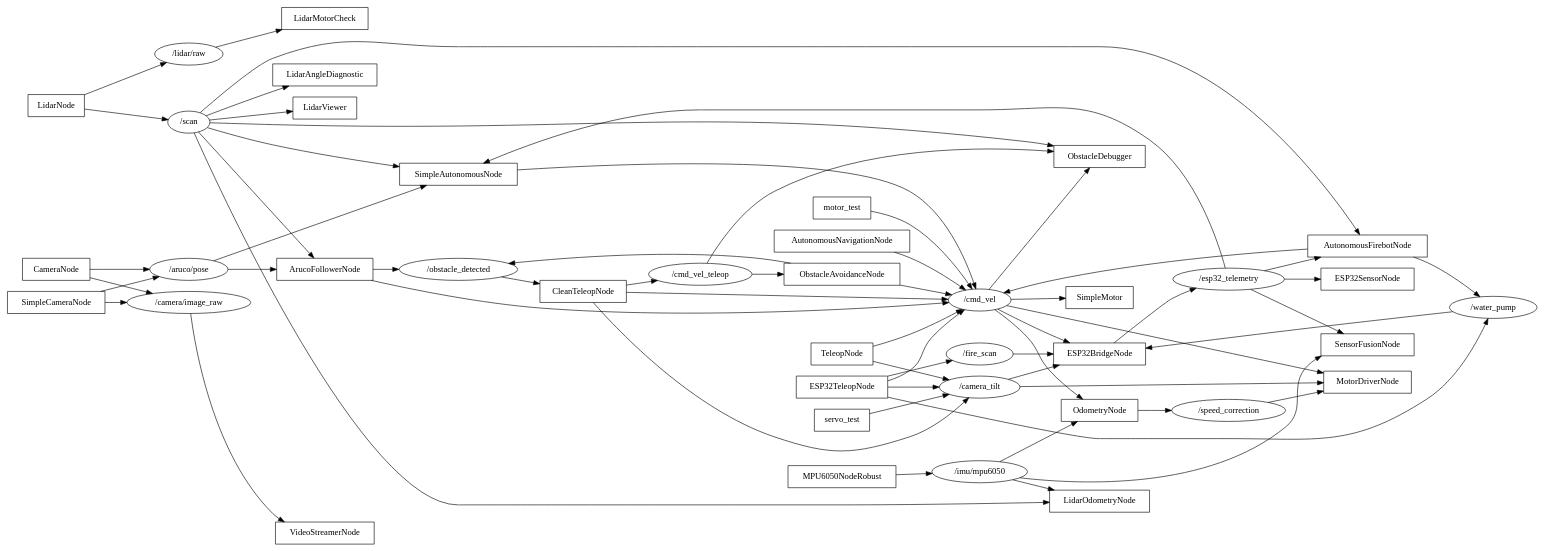
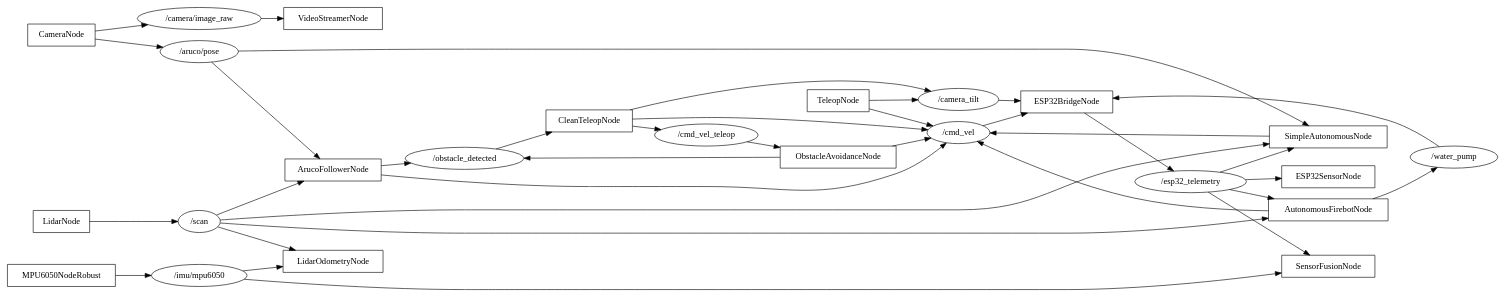
The diagram in ros_graph_filtered.dot (sabarixr/PyroPatrol-ROS), drawn with Graphviz before and after one commit. The commit also changed 3 other files, not shown here.

Commit message:
feat: publish fused pose (/sensor_fusion/pose) from SensorFusionNode and subscribe in SimpleAutonomousNode

```diff
--- a/ros_graph_filtered.dot
+++ b/ros_graph_filtered.dot
@@ -1,102 +1,63 @@
 digraph ros {
   rankdir=LR;
   node [shape=box];
-  "LidarMotorCheck" [shape=box];
-  "motor_test" [shape=box];
-  "servo_test" [shape=box];
-  "ObstacleDebugger" [shape=box];
-  "LidarAngleDiagnostic" [shape=box];
-  "LidarViewer" [shape=box];
   "TeleopNode" [shape=box];
-  "MotorDriverNode" [shape=box];
   "CleanTeleopNode" [shape=box];
   "ESP32BridgeNode" [shape=box];
-  "SimpleMotor" [shape=box];
   "VideoStreamerNode" [shape=box];
   "SimpleAutonomousNode" [shape=box];
-  "AutonomousNavigationNode" [shape=box];
   "ArucoFollowerNode" [shape=box];
-  "ESP32TeleopNode" [shape=box];
   "AutonomousFirebotNode" [shape=box];
   "CameraNode" [shape=box];
-  "SimpleCameraNode" [shape=box];
   "LidarOdometryNode" [shape=box];
   "MPU6050NodeRobust" [shape=box];
   "ObstacleAvoidanceNode" [shape=box];
   "SensorFusionNode" [shape=box];
   "ESP32SensorNode" [shape=box];
   "LidarNode" [shape=box];
-  "OdometryNode" [shape=box];
-  "/lidar/raw" [shape=oval];
-  "LidarNode" -> "/lidar/raw";
-  "/lidar/raw" -> "LidarMotorCheck";
   "/cmd_vel" [shape=oval];
-  "ESP32TeleopNode" -> "/cmd_vel";
-  "motor_test" -> "/cmd_vel";
+  "ArucoFollowerNode" -> "/cmd_vel";
   "AutonomousFirebotNode" -> "/cmd_vel";
+  "SimpleAutonomousNode" -> "/cmd_vel";
+  "TeleopNode" -> "/cmd_vel";
+  "ObstacleAvoidanceNode" -> "/cmd_vel";
   "CleanTeleopNode" -> "/cmd_vel";
-  "ArucoFollowerNode" -> "/cmd_vel";
-  "AutonomousNavigationNode" -> "/cmd_vel";
-  "ObstacleAvoidanceNode" -> "/cmd_vel";
-  "TeleopNode" -> "/cmd_vel";
-  "SimpleAutonomousNode" -> "/cmd_vel";
-  "/cmd_vel" -> "SimpleMotor";
   "/cmd_vel" -> "ESP32BridgeNode";
-  "/cmd_vel" -> "ObstacleDebugger";
-  "/cmd_vel" -> "OdometryNode";
-  "/cmd_vel" -> "MotorDriverNode";
+  "/cmd_vel_teleop" [shape=oval];
+  "CleanTeleopNode" -> "/cmd_vel_teleop";
+  "/cmd_vel_teleop" -> "ObstacleAvoidanceNode";
   "/camera_tilt" [shape=oval];
-  "ESP32TeleopNode" -> "/camera_tilt";
   "CleanTeleopNode" -> "/camera_tilt";
   "TeleopNode" -> "/camera_tilt";
-  "servo_test" -> "/camera_tilt";
   "/camera_tilt" -> "ESP32BridgeNode";
-  "/camera_tilt" -> "MotorDriverNode";
-  "/scan" [shape=oval];
-  "LidarNode" -> "/scan";
-  "/scan" -> "LidarAngleDiagnostic";
-  "/scan" -> "LidarViewer";
-  "/scan" -> "AutonomousFirebotNode";
-  "/scan" -> "ArucoFollowerNode";
-  "/scan" -> "ObstacleDebugger";
-  "/scan" -> "LidarOdometryNode";
-  "/scan" -> "SimpleAutonomousNode";
-  "/cmd_vel_teleop" [shape=oval];
-  "CleanTeleopNode" -> "/cmd_vel_teleop";
-  "/cmd_vel_teleop" -> "ObstacleDebugger";
-  "/cmd_vel_teleop" -> "ObstacleAvoidanceNode";
-  "/speed_correction" [shape=oval];
-  "OdometryNode" -> "/speed_correction";
-  "/speed_correction" -> "MotorDriverNode";
   "/obstacle_detected" [shape=oval];
   "ArucoFollowerNode" -> "/obstacle_detected";
   "ObstacleAvoidanceNode" -> "/obstacle_detected";
   "/obstacle_detected" -> "CleanTeleopNode";
   "/esp32_telemetry" [shape=oval];
   "ESP32BridgeNode" -> "/esp32_telemetry";
+  "/esp32_telemetry" -> "SimpleAutonomousNode";
   "/esp32_telemetry" -> "SensorFusionNode";
   "/esp32_telemetry" -> "ESP32SensorNode";
   "/esp32_telemetry" -> "AutonomousFirebotNode";
-  "/esp32_telemetry" -> "SimpleAutonomousNode";
   "/water_pump" [shape=oval];
   "AutonomousFirebotNode" -> "/water_pump";
-  "ESP32TeleopNode" -> "/water_pump";
   "/water_pump" -> "ESP32BridgeNode";
-  "/fire_scan" [shape=oval];
-  "ESP32TeleopNode" -> "/fire_scan";
-  "/fire_scan" -> "ESP32BridgeNode";
   "/camera/image_raw" [shape=oval];
-  "SimpleCameraNode" -> "/camera/image_raw";
   "CameraNode" -> "/camera/image_raw";
   "/camera/image_raw" -> "VideoStreamerNode";
+  "/scan" [shape=oval];
+  "LidarNode" -> "/scan";
+  "/scan" -> "SimpleAutonomousNode";
+  "/scan" -> "ArucoFollowerNode";
+  "/scan" -> "LidarOdometryNode";
+  "/scan" -> "AutonomousFirebotNode";
   "/aruco/pose" [shape=oval];
-  "SimpleCameraNode" -> "/aruco/pose";
   "CameraNode" -> "/aruco/pose";
+  "/aruco/pose" -> "SimpleAutonomousNode";
   "/aruco/pose" -> "ArucoFollowerNode";
-  "/aruco/pose" -> "SimpleAutonomousNode";
   "/imu/mpu6050" [shape=oval];
   "MPU6050NodeRobust" -> "/imu/mpu6050";
-  "/imu/mpu6050" -> "OdometryNode";
   "/imu/mpu6050" -> "LidarOdometryNode";
   "/imu/mpu6050" -> "SensorFusionNode";
 }
```
